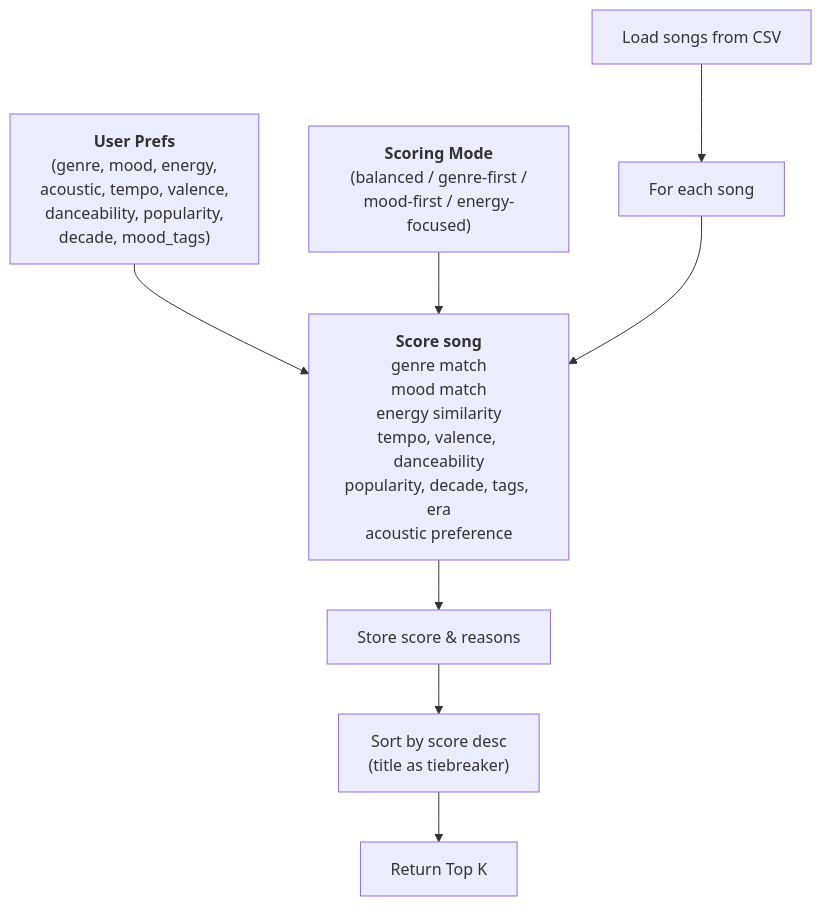
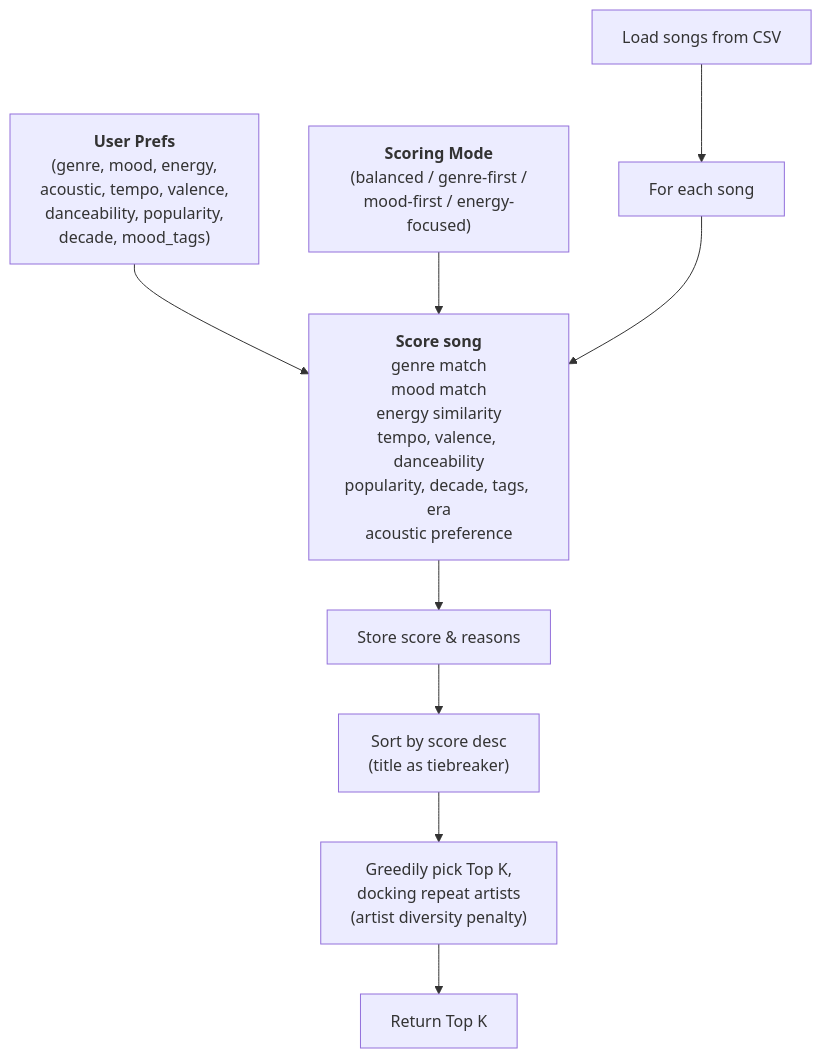
One commit to Aqureshi106/ai110-module3show-musicrecommendersimulation-starter changed the diagram in README.md. Above: the diagram before and after it, drawn with Mermaid. The commit also changed other lines of this file and 4 other files, not shown here.

First line of the commit message:
Add real-world recommender explanation, artist diversity penalty, and table output

````diff
--- a/README.md
+++ b/README.md
@@ -50,11 +63,12 @@
 ```mermaid
 flowchart TD
    A["<b>User Prefs</b><br/>(genre, mood, energy,<br/>acoustic, tempo, valence,<br/>danceability, popularity,<br/>decade, mood_tags)"] --> D
    B["Load songs from CSV"] --> C["For each song"]
    M["<b>Scoring Mode</b><br/>(balanced / genre-first /<br/>mood-first / energy-focused)"] --> D
    C --> D["<b>Score song</b><br/>genre match<br/>mood match<br/>energy similarity<br/>tempo, valence, danceability<br/>popularity, decade, tags, era<br/>acoustic preference"]
    D --> E["Store score & reasons"]
    E --> F["Sort by score desc<br/>(title as tiebreaker)"]
-   F --> G["Return Top K"]
+   F --> G["Greedily pick Top K,<br/>docking repeat artists<br/>(artist diversity penalty)"]
+   G --> H["Return Top K"]
 
 ```
````
